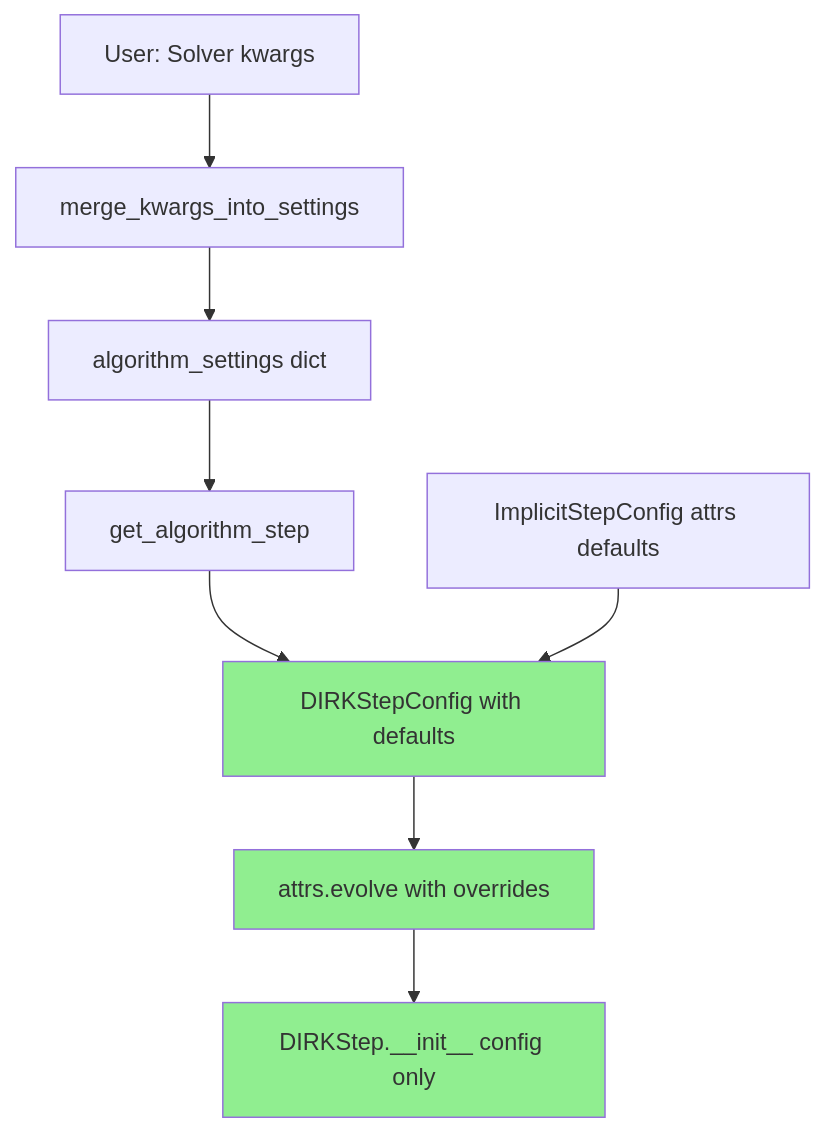
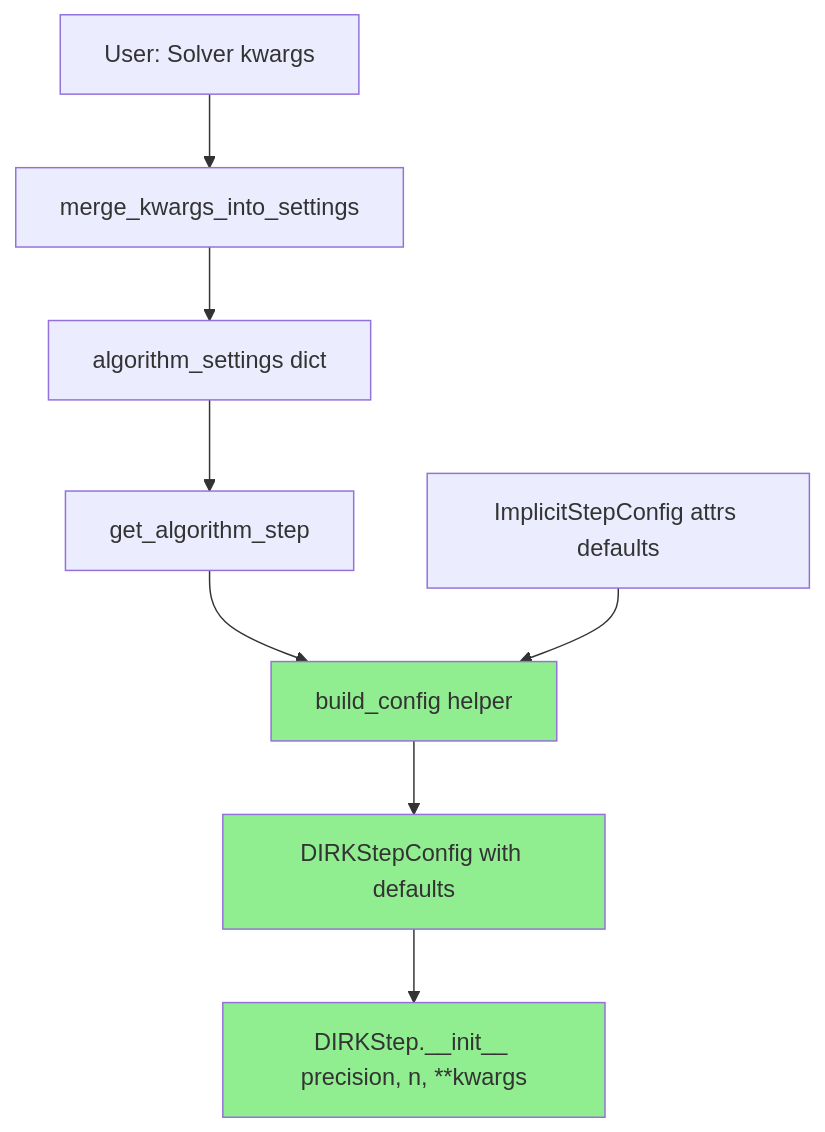
Before and after one commit to ccam80/cubie: the second of 2 diagrams in .github/active_plans/default_parameter_rationalization/human_overview.md, drawn with Mermaid. The commit also changed other lines of this file and 1 other file, not shown here.

````diff
--- a/.github/active_plans/default_parameter_rationalization/human_overview.md
+++ b/.github/active_plans/default_parameter_rationalization/human_overview.md
@@ -88,15 +88,15 @@
 ```mermaid
 flowchart TD
     A[User: Solver kwargs] --> B[merge_kwargs_into_settings]
     B --> C[algorithm_settings dict]
     C --> D[get_algorithm_step]
-    D --> E[DIRKStepConfig with defaults]
-    E --> F[attrs.evolve with overrides]
-    F --> G[DIRKStep.__init__ config only]
+    D --> E[build_config helper]
+    E --> F[DIRKStepConfig with defaults]
+    F --> G[DIRKStep.__init__ precision, n, **kwargs]
     
     H[ImplicitStepConfig attrs defaults] --> E
     
     style E fill:#90EE90
     style F fill:#90EE90
     style G fill:#90EE90
 ```
````
